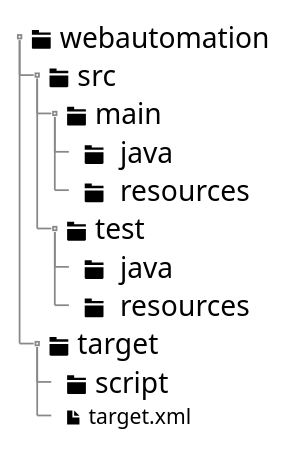
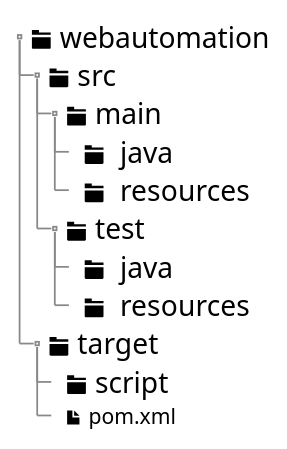
Before and after one commit to susmita-t/testautomation: the diagram in java_folder_structure.puml, drawn with PlantUML.

```diff
--- a/java_folder_structure.puml
+++ b/java_folder_structure.puml
@@ -1,19 +1,19 @@
 @startuml
 salt
 {
     {T
         + <size:16><&folder> webautomation
             ++ <size:16><&folder> src
                 +++ <size:16><&folder> main
                 ++++ <size:16><&folder> <color:black> java
                 ++++ <size:16><&folder> <color:black> resources
                 +++ <size:16><&folder> test
                 ++++ <size:16><&folder> <color:black> java
                 ++++ <size:16><&folder> <color:black> resources
                 
             ++ <size:16><&folder> target
                 +++ <size:16><&folder> script
-            +++ <size:12><&file> target.xml
+            +++ <size:12><&file> pom.xml
     }
 }
 @enduml
```
